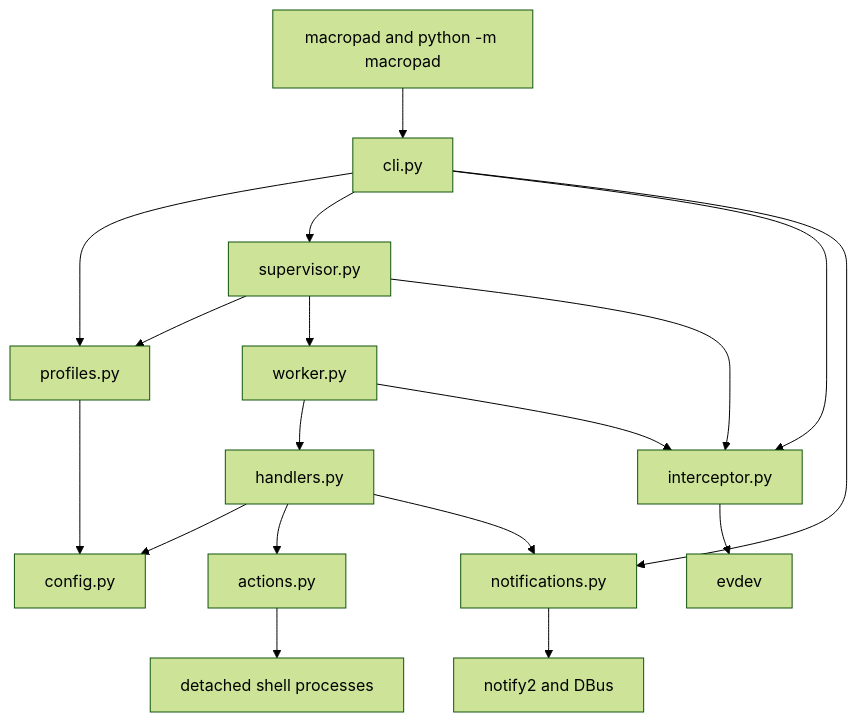
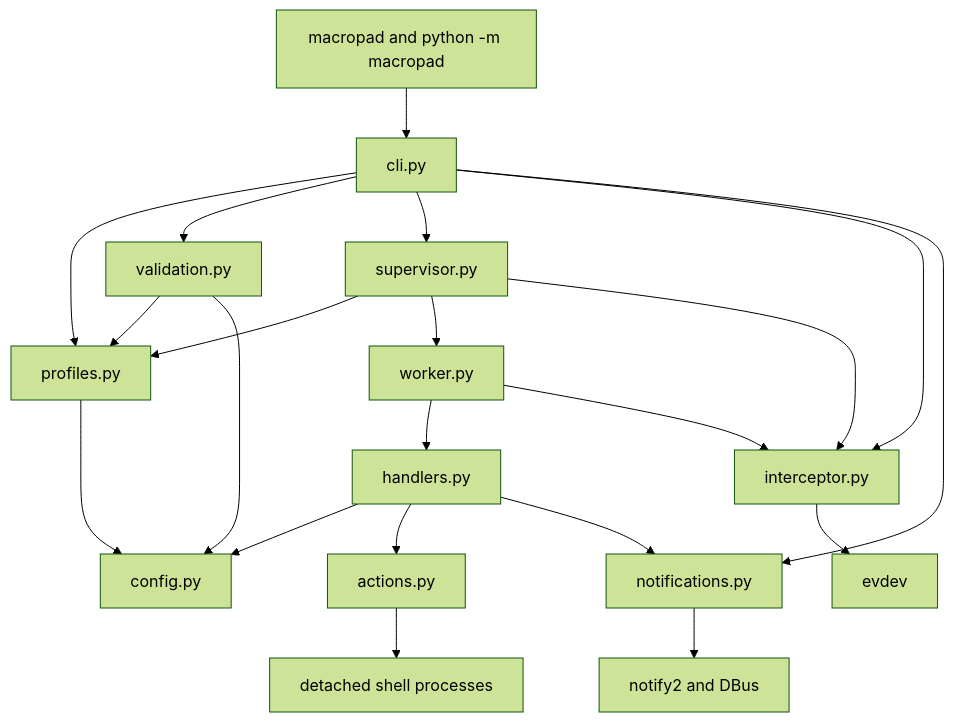
Before and after one commit to rafaelglikis/macropad: the first of 2 diagrams in src/macropad/README.md, drawn with Mermaid (forest theme). The commit also changed other lines of this file and 10 other files, not shown here.

````diff
--- a/src/macropad/README.md
+++ b/src/macropad/README.md
@@ -29,25 +30,28 @@
 ```mermaid
 flowchart TD
     Entrypoints[macropad and python -m macropad] --> CLI[cli.py]
     CLI --> Profiles[profiles.py]
+    CLI --> Validation[validation.py]
     CLI --> Supervisor[supervisor.py]
     CLI --> Interceptor[interceptor.py]
     CLI --> Notifications[notifications.py]
 
     Supervisor --> Profiles
     Supervisor --> Worker[worker.py]
     Supervisor --> Interceptor
 
+    Validation --> Profiles
+    Validation --> Config
     Profiles --> Config[config.py]
 
     Worker --> Handler[handlers.py]
     Worker --> Interceptor
 
     Handler --> Config
     Handler --> Actions[actions.py]
     Handler --> Notifications
 
     Interceptor --> Evdev[evdev]
     Actions --> Shell[detached shell processes]
     Notifications --> Notify2[notify2 and DBus]
 ```
````
